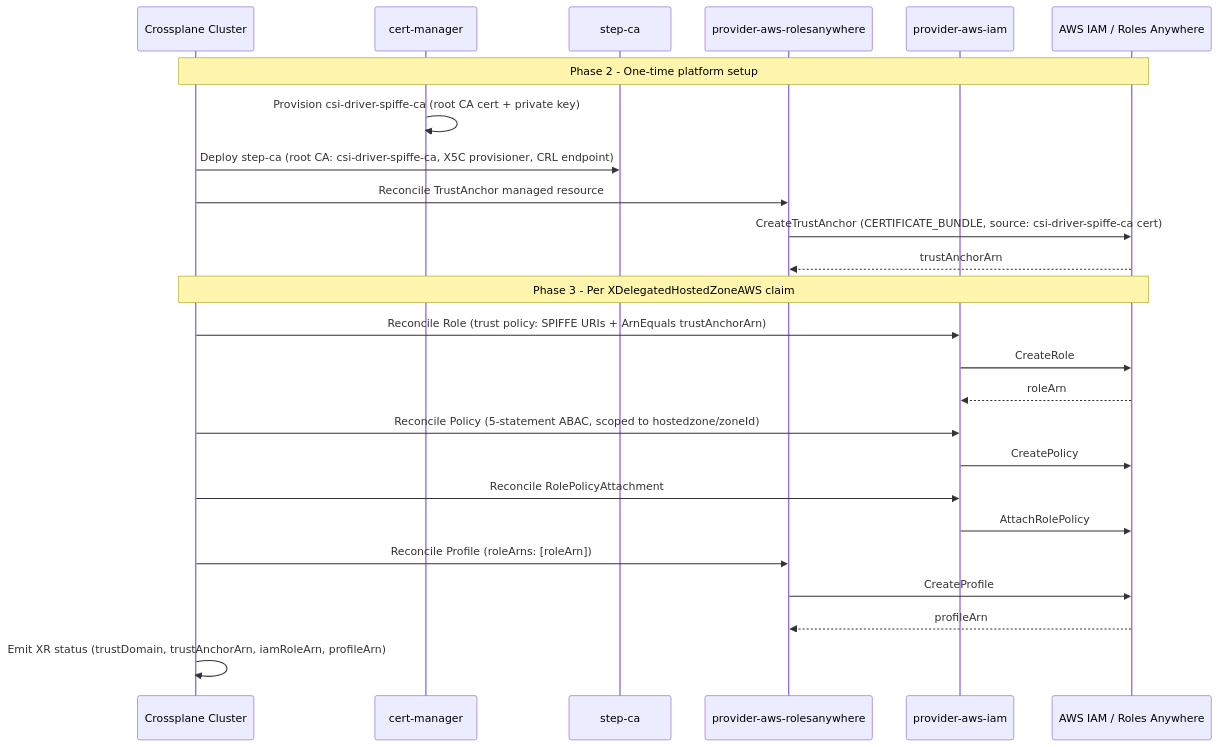
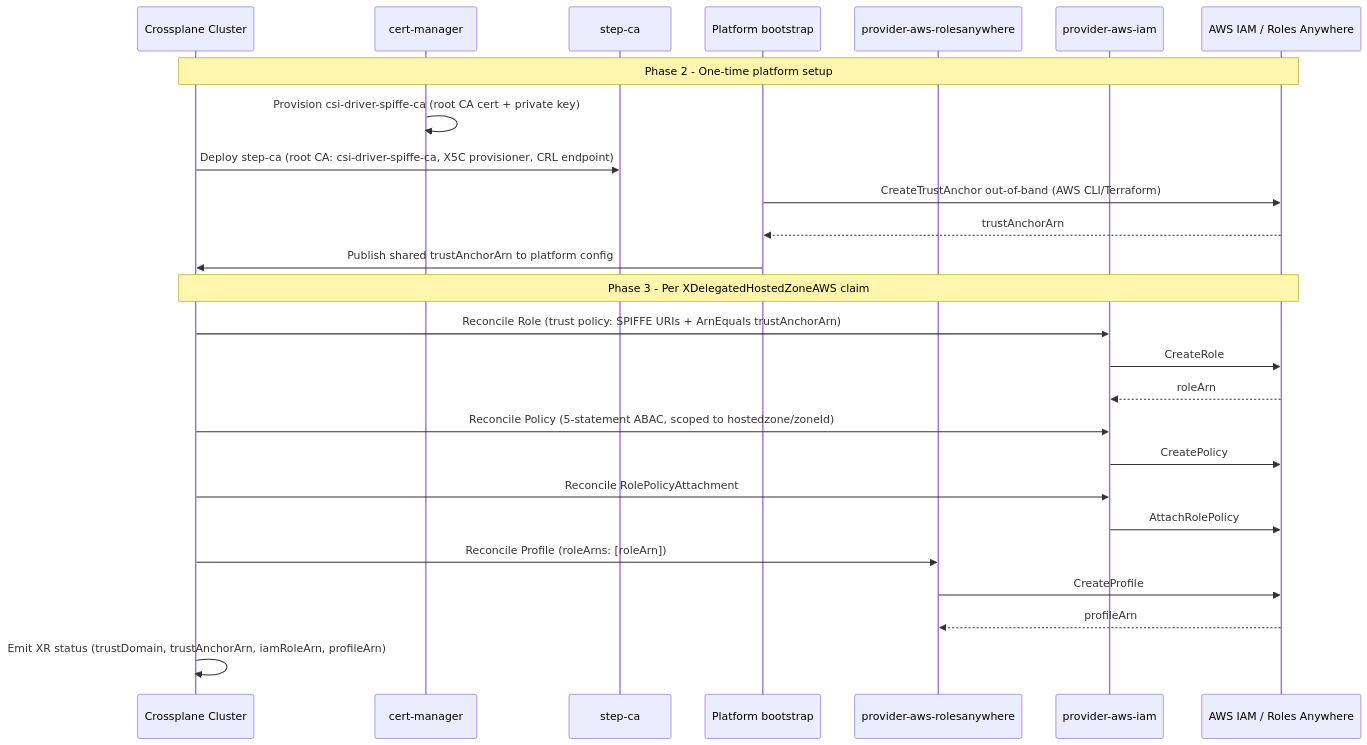
Before and after one commit to estenrye/flux-platform-src: the first of 3 diagrams in doc/adr/0007-crossplane-composition-for-externaldns-and-certmanager-iam-roles-anywhere.md, drawn with Mermaid. The commit also changed other lines of this file and 2 other files, not shown here.

````diff
--- a/doc/adr/0007-crossplane-composition-for-externaldns-and-certmanager-iam-roles-anywhere.md
+++ b/doc/adr/0007-crossplane-composition-for-externaldns-and-certmanager-iam-roles-anywhere.md
@@ -917,29 +923,30 @@
 ```mermaid
 sequenceDiagram
     participant CP as Crossplane Cluster
     participant CM_CP as cert-manager
     participant StepCA as step-ca
+    participant Ops as Platform bootstrap
     participant RAPA as provider-aws-rolesanywhere
     participant IAMA as provider-aws-iam
     participant AWS as AWS IAM / Roles Anywhere
 
     Note over CP,AWS: Phase 2 - One-time platform setup
     CM_CP->>CM_CP: Provision csi-driver-spiffe-ca (root CA cert + private key)
     CP->>StepCA: Deploy step-ca (root CA: csi-driver-spiffe-ca, X5C provisioner, CRL endpoint)
-    CP->>RAPA: Reconcile TrustAnchor managed resource
-    RAPA->>AWS: CreateTrustAnchor (CERTIFICATE_BUNDLE, source: csi-driver-spiffe-ca cert)
-    AWS-->>RAPA: trustAnchorArn
+    Ops->>AWS: CreateTrustAnchor out-of-band (AWS CLI/Terraform)
+    AWS-->>Ops: trustAnchorArn
+    Ops->>CP: Publish shared trustAnchorArn to platform config
 
     Note over CP,AWS: Phase 3 - Per XDelegatedHostedZoneAWS claim
     CP->>IAMA: Reconcile Role (trust policy: SPIFFE URIs + ArnEquals trustAnchorArn)
     IAMA->>AWS: CreateRole
     AWS-->>IAMA: roleArn
     CP->>IAMA: Reconcile Policy (5-statement ABAC, scoped to hostedzone/zoneId)
     IAMA->>AWS: CreatePolicy
     CP->>IAMA: Reconcile RolePolicyAttachment
     IAMA->>AWS: AttachRolePolicy
     CP->>RAPA: Reconcile Profile (roleArns: [roleArn])
     RAPA->>AWS: CreateProfile
     AWS-->>RAPA: profileArn
     CP->>CP: Emit XR status (trustDomain, trustAnchorArn, iamRoleArn, profileArn)
 ```
````
